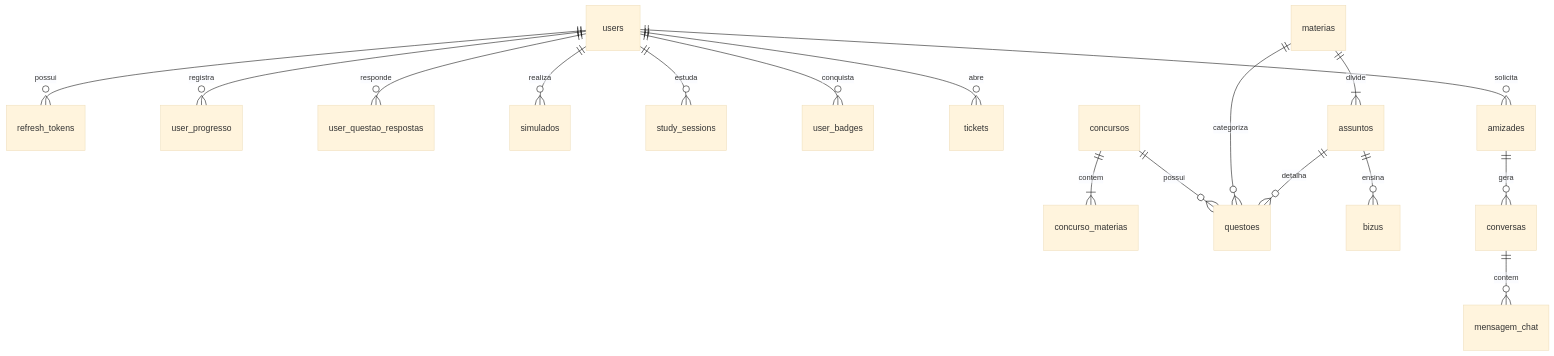
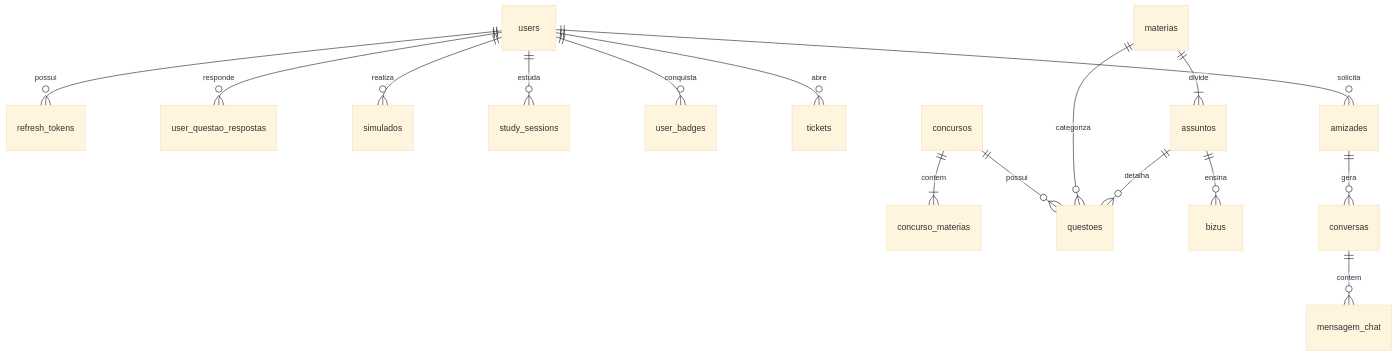
Before and after one commit to rafzz-sx/Estudo: the first of 3 diagrams in batcaverna/README.md, drawn with Mermaid (base theme). The commit also changed other lines of this file and 6 other files, not shown here.

````diff
--- a/batcaverna/README.md
+++ b/batcaverna/README.md
@@ -298,21 +320,20 @@
 ```mermaid
 erDiagram
     users ||--o{ refresh_tokens : possui
-    users ||--o{ user_progresso : registra
     users ||--o{ user_questao_respostas : responde
     users ||--o{ simulados : realiza
     users ||--o{ study_sessions : estuda
     users ||--o{ user_badges : conquista
     users ||--o{ tickets : abre
 
     concursos ||--|{ concurso_materias : contem
     materias ||--|{ assuntos : divide
     concursos ||--o{ questoes : possui
     materias ||--o{ questoes : categoriza
     assuntos ||--o{ questoes : detalha
     assuntos ||--o{ bizus : ensina
 
     users ||--o{ amizades : solicita
     amizades ||--o{ conversas : gera
     conversas ||--o{ mensagem_chat : contem
 ```
````
